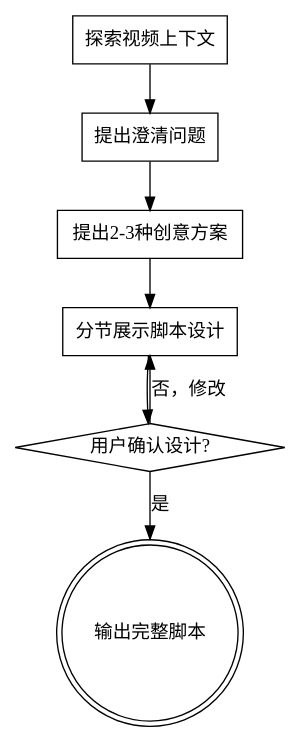
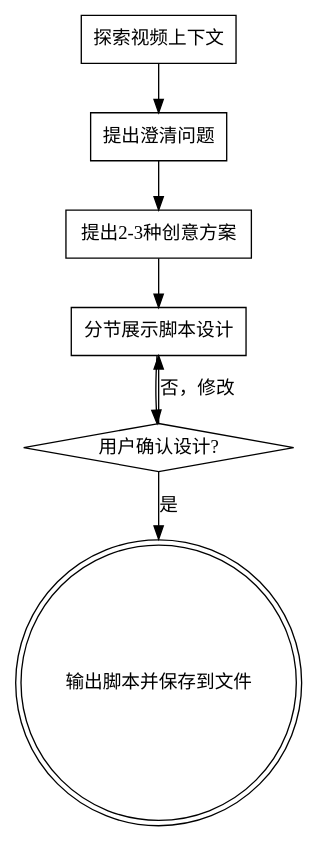
Before and after one commit to soundex-dele/my-awesome-skills: the diagram in short-video-script/SKILL.md, drawn with Graphviz. The commit also changed other lines of this file, not shown here.

````diff
--- a/short-video-script/SKILL.md
+++ b/short-video-script/SKILL.md
@@ -92,17 +99,17 @@
 ```dot
 digraph short_video_brainstorming {
     "探索视频上下文" [shape=box];
     "提出澄清问题" [shape=box];
     "提出2-3种创意方案" [shape=box];
     "分节展示脚本设计" [shape=box];
     "用户确认设计?" [shape=diamond];
-    "输出完整脚本" [shape=doublecircle];
+    "输出脚本并保存到文件" [shape=doublecircle];
 
     "探索视频上下文" -> "提出澄清问题";
     "提出澄清问题" -> "提出2-3种创意方案";
     "提出2-3种创意方案" -> "分节展示脚本设计";
     "分节展示脚本设计" -> "用户确认设计?";
     "用户确认设计?" -> "分节展示脚本设计" [label="否，修改"];
-    "用户确认设计?" -> "输出完整脚本" [label="是"];
+    "用户确认设计?" -> "输出脚本并保存到文件" [label="是"];
 }
 ```
````
